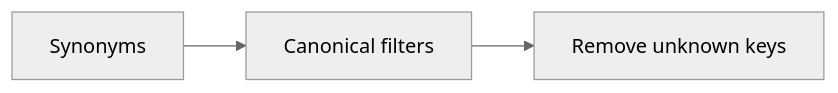
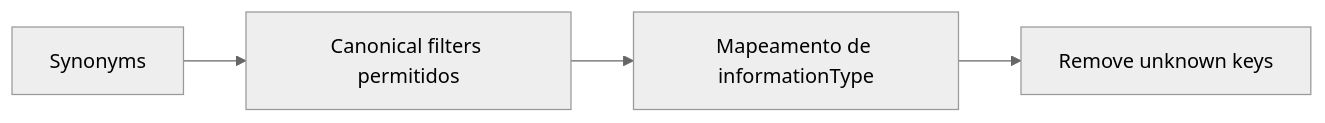
Before and after one commit to fernandesyuri33/chat-observatorio-turismo: the fifth of 8 diagrams in docs/arquitetura.md, drawn with Mermaid (neutral theme). The commit also changed other lines of this file and 3 other files, not shown here.

````diff
--- a/docs/arquitetura.md
+++ b/docs/arquitetura.md
@@ -122,7 +122,8 @@
 ```mermaid
 flowchart LR
 
 A[Synonyms]
-  --> B[Canonical filters]
-  --> C[Remove unknown keys]
+  --> B[Canonical filters permitidos]
+  --> C[Mapeamento de informationType]
+  --> D[Remove unknown keys]
 ```
````
